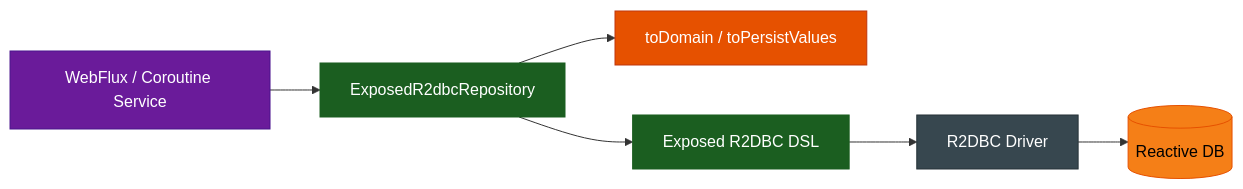
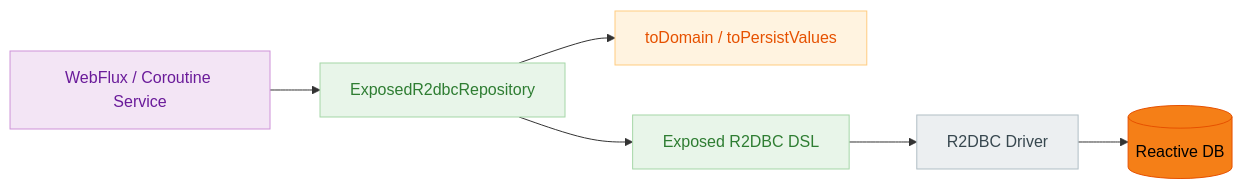
The second of 2 diagrams in spring-boot3/exposed-r2dbc/README.ko.md (bluetape4k/bluetape4k-projects), drawn with Mermaid before and after one commit. The commit also changed other lines of this file and 219 other files, not shown here.

First line of the commit message:
docs: 전체 README Mermaid 다이어그램 가이드 적용

````diff
--- a/spring-boot3/exposed-r2dbc/README.ko.md
+++ b/spring-boot3/exposed-r2dbc/README.ko.md
@@ -67,28 +67,28 @@
 ```mermaid
 flowchart LR
     WebFlux["WebFlux / Coroutine Service"]
     Repo["ExposedR2dbcRepository"]
     Mapper["toDomain / toPersistValues"]
     DSL["Exposed R2DBC DSL"]
     Driver["R2DBC Driver"]
     DB[("Reactive DB")]
 
     WebFlux --> Repo
     Repo --> Mapper
     Repo --> DSL
     DSL --> Driver
     Driver --> DB
 
-    classDef asyncStyle fill:#6A1B9A,stroke:#4A148C,color:#FFFFFF
-    classDef coreStyle fill:#1B5E20,stroke:#1B5E20,color:#FFFFFF
+    classDef asyncStyle fill:#F3E5F5,stroke:#CE93D8,color:#6A1B9A
+    classDef coreStyle fill:#E8F5E9,stroke:#A5D6A7,color:#2E7D32
     classDef dataStyle fill:#F57F17,stroke:#E65100,color:#000000
-    classDef extStyle fill:#37474F,stroke:#263238,color:#FFFFFF
-    classDef utilStyle fill:#E65100,stroke:#BF360C,color:#FFFFFF
+    classDef extStyle fill:#ECEFF1,stroke:#B0BEC5,color:#37474F
+    classDef utilStyle fill:#FFF3E0,stroke:#FFCC80,color:#E65100
 
     class WebFlux asyncStyle
     class Repo coreStyle
     class Mapper utilStyle
     class DSL coreStyle
     class Driver extStyle
     class DB dataStyle
 ```
````
